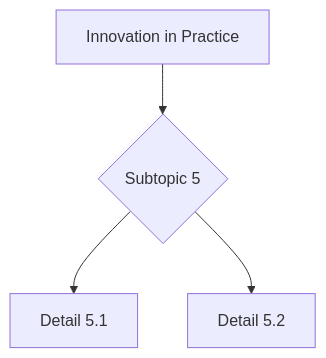
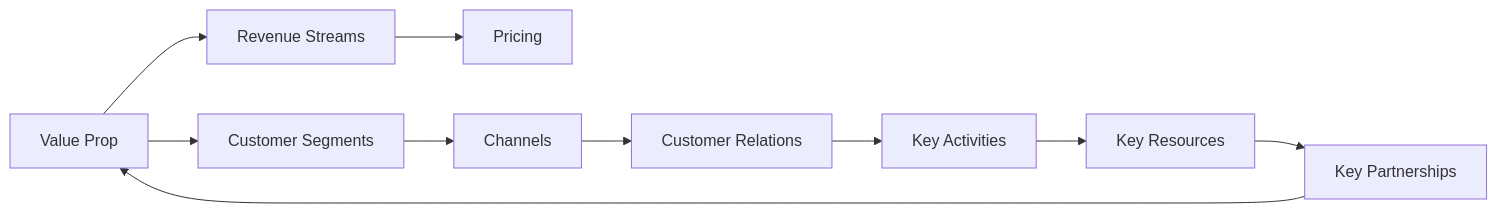
Before and after one commit to yip-lgtm/PhysicsSelfStudy: the tenth of 10 diagrams in 02_MSc_DataDriven_Modeling/core_courses/MSDM_5005/README.md, drawn with Mermaid. The commit also changed other lines of this file and 21 other files, not shown here.

````diff
--- a/02_MSc_DataDriven_Modeling/core_courses/MSDM_5005/README.md
+++ b/02_MSc_DataDriven_Modeling/core_courses/MSDM_5005/README.md
@@ -291,6 +646,12 @@
 ```mermaid
-graph TD
-    A[Innovation in Practice] --> B{Subtopic 5}
-    B --> C[Detail 5.1]
-    B --> D[Detail 5.2]
+graph LR
+    A[Value Prop] --> B[Customer Segments]
+    A --> C[Revenue Streams]
+    C --> D[Pricing]
+    B --> E[Channels]
+    E --> F[Customer Relations]
+    F --> G[Key Activities]
+    G --> H[Key Resources]
+    H --> I[Key Partnerships]
+    I --> A
 ```
````
